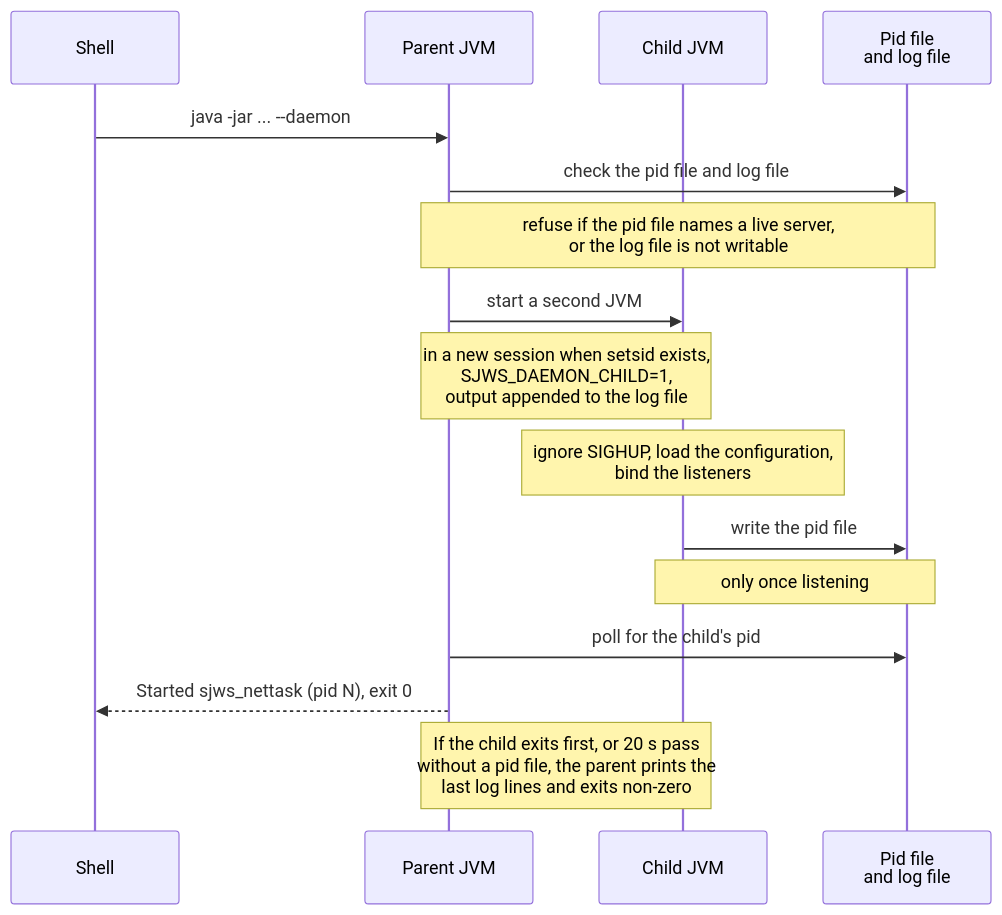
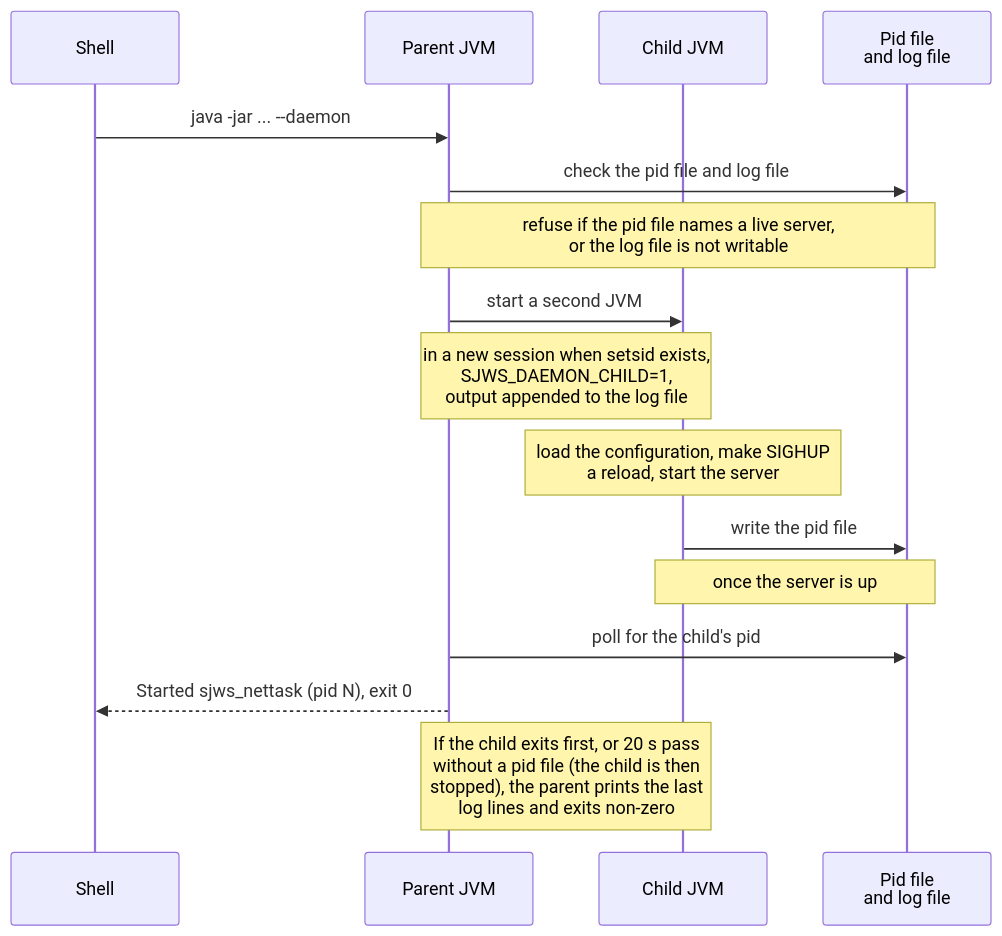
One commit to BlivionIaG/sjws_nettask changed the first of 2 diagrams in docs/operations/daemon.md. Above: the diagram before and after it, drawn with Mermaid. The commit also changed other lines of this file and 14 other files, not shown here.

````diff
--- a/docs/operations/daemon.md
+++ b/docs/operations/daemon.md
@@ -19,19 +19,19 @@
 ```mermaid
 sequenceDiagram
     participant U as Shell
     participant P as Parent JVM
     participant C as Child JVM
     participant F as Pid file<br/>and log file
 
     U->>P: java -jar ... --daemon
     P->>F: check the pid file and log file
     Note over P,F: refuse if the pid file names a live server,<br/>or the log file is not writable
     P->>C: start a second JVM
     Note over P,C: in a new session when setsid exists,<br/>SJWS_DAEMON_CHILD=1,<br/>output appended to the log file
-    Note over C: ignore SIGHUP, load the configuration,<br/>bind the listeners
+    Note over C: load the configuration, make SIGHUP<br/>a reload, start the server
     C->>F: write the pid file
-    Note over C,F: only once listening
+    Note over C,F: once the server is up
     P->>F: poll for the child's pid
     P-->>U: Started sjws_nettask (pid N), exit 0
-    Note over P,C: If the child exits first, or 20 s pass<br/>without a pid file, the parent prints the<br/>last log lines and exits non-zero
+    Note over P,C: If the child exits first, or 20 s pass<br/>without a pid file (the child is then<br/>stopped), the parent prints the last<br/>log lines and exits non-zero
 ```
````
